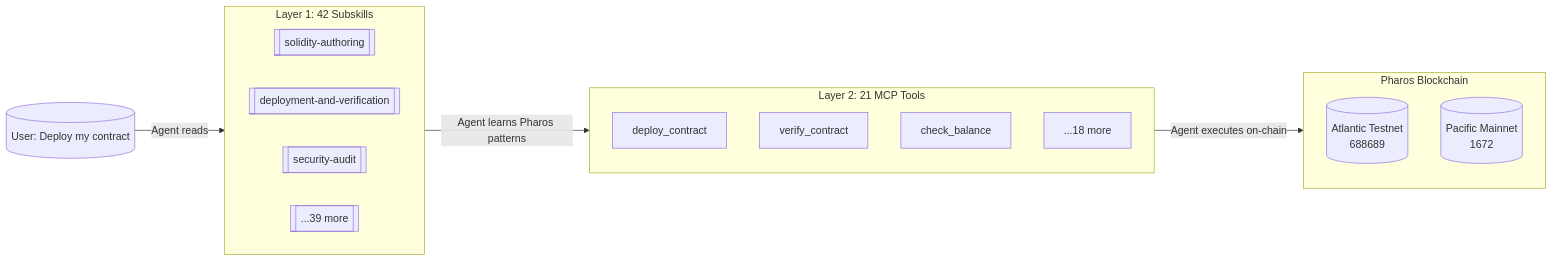
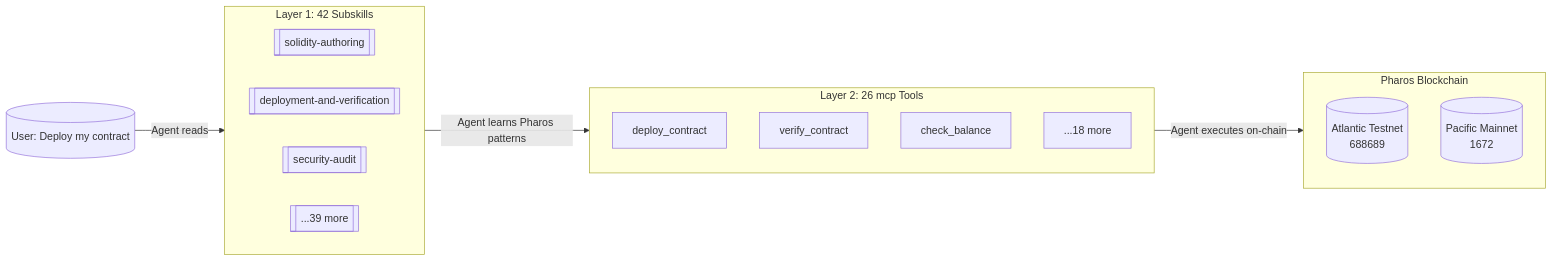
One commit to tejas0111/Pharos changed the diagram in docs/submission.md. Above: the diagram before and after it, drawn with Mermaid. The commit also changed other lines of this file and 22 other files, not shown here.

Commit message:
docs: sync all docs with current stats (45 subskills, 26 MCP tools, 167 tests) and clean up stale test file

````diff
--- a/docs/submission.md
+++ b/docs/submission.md
@@ -114,23 +114,23 @@
 ```mermaid
 flowchart LR
     subgraph L1["Layer 1: 42 Subskills"]
         direction LR
         S1[[solidity-authoring]]
         S2[[deployment-and-verification]]
         S3[[security-audit]]
         S4[[...39 more]]
     end
-    subgraph L2["Layer 2: 21 MCP Tools"]
+    subgraph L2["Layer 2: 26 mcp Tools"]
         T1[deploy_contract]
         T2[verify_contract]
         T3[check_balance]
         T4[...18 more]
     end
     subgraph BC["Pharos Blockchain"]
         AT[("Atlantic Testnet<br/>688689")]
         PM[("Pacific Mainnet<br/>1672")]
     end
     REQ[("User: Deploy my contract")] -->|"Agent reads"| L1
     L1 -->|"Agent learns Pharos patterns"| L2
     L2 -->|"Agent executes on-chain"| BC
 ```
````
